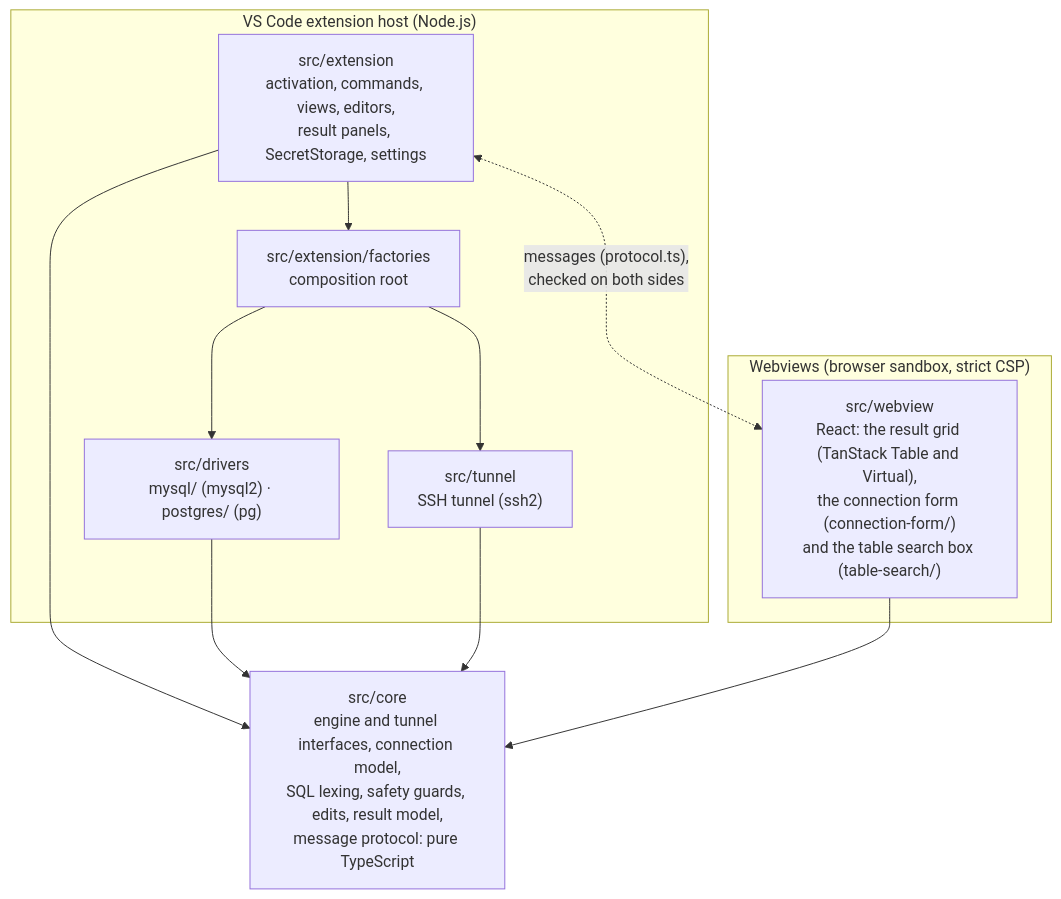
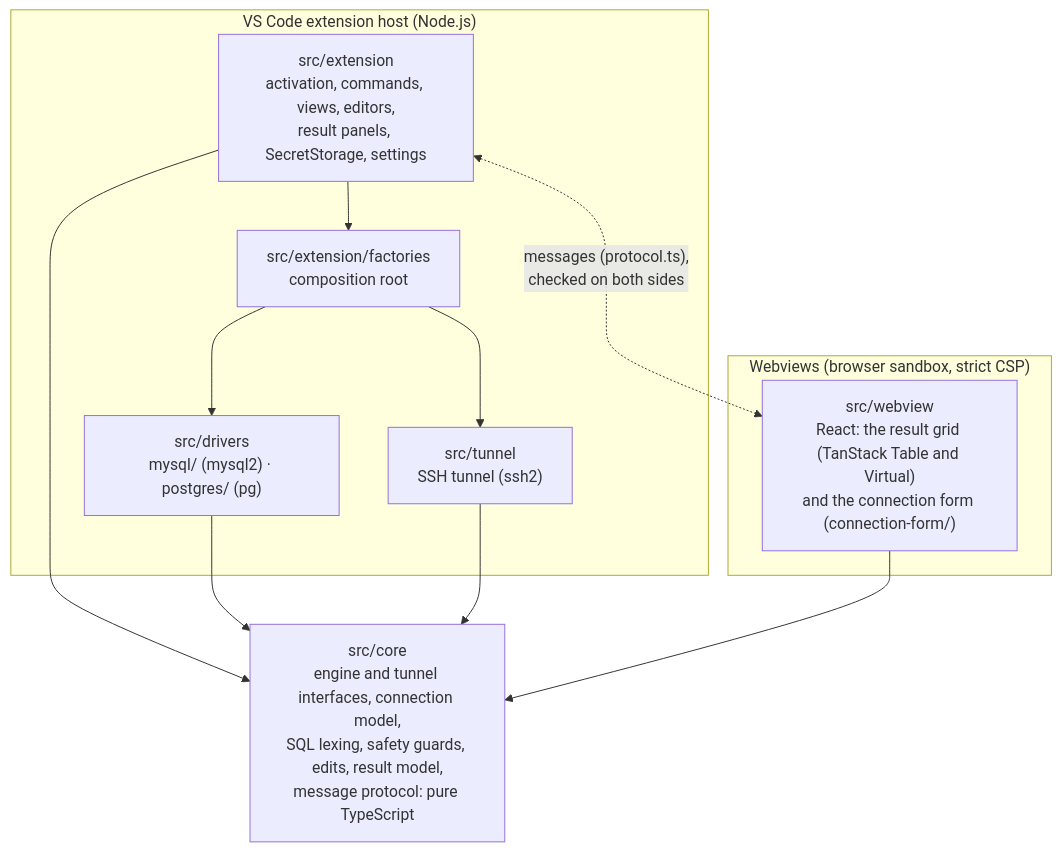
The first of 5 diagrams in docs/ARCHITECTURE.md (mathmed/sqldoro), drawn with Mermaid before and after one commit. The commit also changed other lines of this file and 41 other files, not shown here.

````diff
--- a/docs/ARCHITECTURE.md
+++ b/docs/ARCHITECTURE.md
@@ -11,22 +11,22 @@
 ```mermaid
 flowchart TB
   subgraph host["VS Code extension host (Node.js)"]
     extension["src/extension<br/>activation, commands, views, editors,<br/>result panels, SecretStorage, settings"]
     factories["src/extension/factories<br/>composition root"]
     drivers["src/drivers<br/>mysql/ (mysql2) · postgres/ (pg)"]
     tunnel["src/tunnel<br/>SSH tunnel (ssh2)"]
   end
   subgraph browser["Webviews (browser sandbox, strict CSP)"]
-    webview["src/webview<br/>React: the result grid (TanStack Table and Virtual),<br/>the connection form (connection-form/)<br/>and the table search box (table-search/)"]
+    webview["src/webview<br/>React: the result grid (TanStack Table and Virtual)<br/>and the connection form (connection-form/)"]
   end
   core["src/core<br/>engine and tunnel interfaces, connection model,<br/>SQL lexing, safety guards, edits, result model,<br/>message protocol: pure TypeScript"]
 
   extension --> core
   factories --> drivers
   factories --> tunnel
   extension --> factories
   drivers --> core
   tunnel --> core
   webview --> core
   extension <-. "messages (protocol.ts),<br/>checked on both sides" .-> webview
 ```
````
